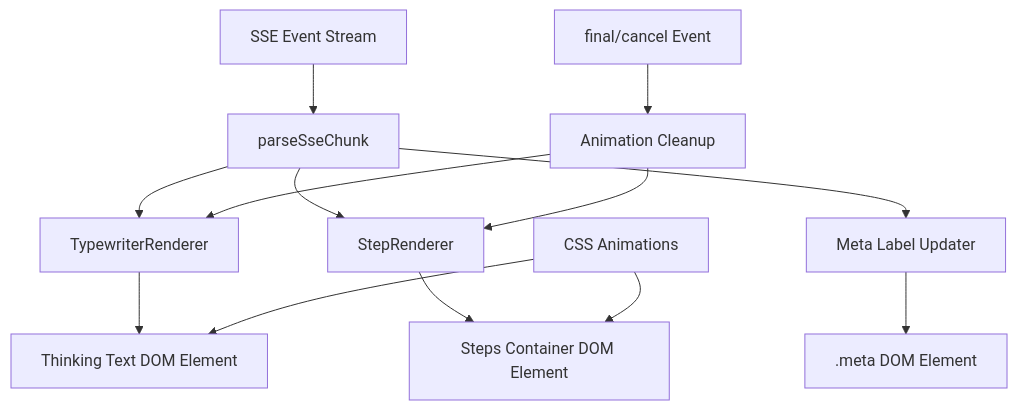
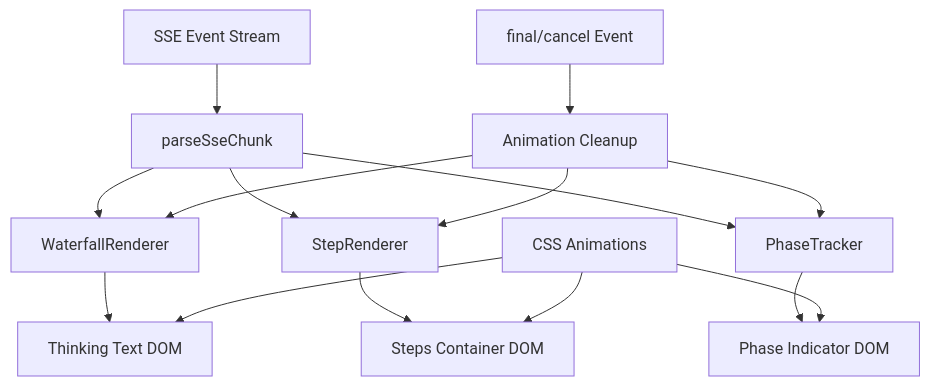
The first of 2 diagrams in .kiro/specs/agent-streaming-display/design.md (SSSSiren/DBAgent), drawn with Mermaid before and after one commit. The commit also changed other lines of this file and 86 other files, not shown here.

````diff
--- a/.kiro/specs/agent-streaming-display/design.md
+++ b/.kiro/specs/agent-streaming-display/design.md
@@ -79,15 +86,17 @@
 ```mermaid
 graph TB
     SSE[SSE Event Stream] --> Router[parseSseChunk]
-    Router --> Typewriter[TypewriterRenderer]
+    Router --> Waterfall[WaterfallRenderer]
     Router --> StepRenderer[StepRenderer]
-    Typewriter --> ThinkingEl[Thinking Text DOM Element]
-    StepRenderer --> StepsEl[Steps Container DOM Element]
-    Router --> MetaLabel[Meta Label Updater]
-    MetaLabel --> MetaEl[.meta DOM Element]
+    Router --> PhaseTracker[PhaseTracker]
+    PhaseTracker --> PhaseEl[Phase Indicator DOM]
+    Waterfall --> ThinkingEl[Thinking Text DOM]
+    StepRenderer --> StepsEl[Steps Container DOM]
     CSS[CSS Animations] --> ThinkingEl
     CSS --> StepsEl
+    CSS --> PhaseEl
     Final[final/cancel Event] --> Cleanup[Animation Cleanup]
-    Cleanup --> Typewriter
+    Cleanup --> Waterfall
     Cleanup --> StepRenderer
+    Cleanup --> PhaseTracker
 ```
````
